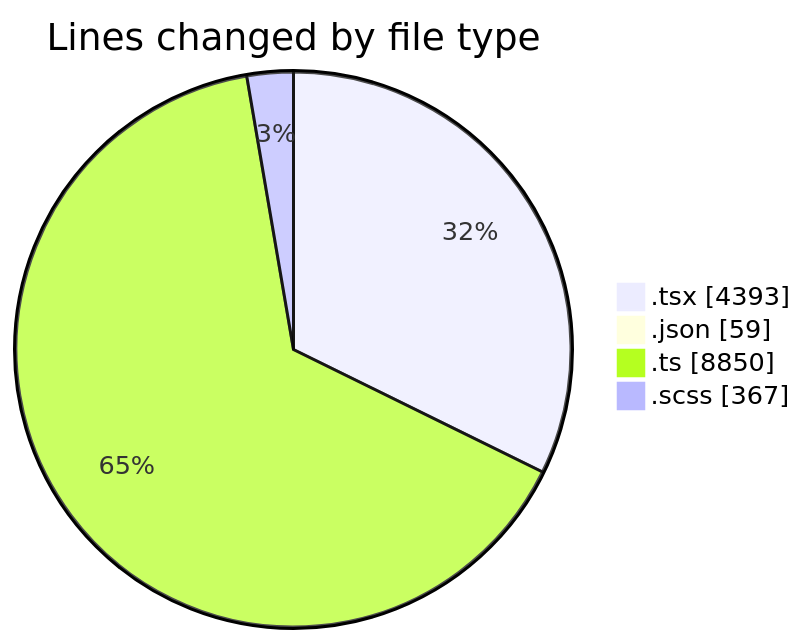
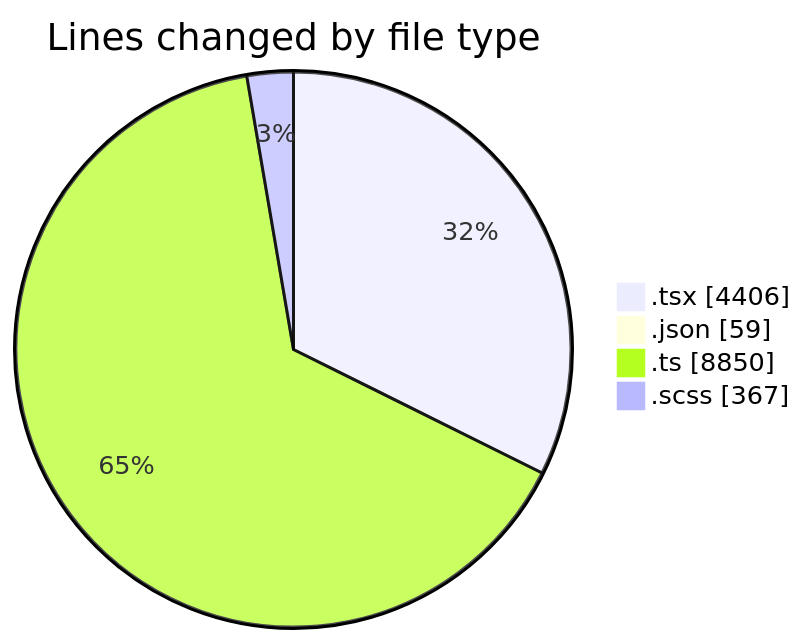
The first of 2 diagrams in 2025-11-24/cda/README.md (momahboobian/code-tracking), drawn with Mermaid before and after one commit. The commit also changed other lines of this file and 1 other file, not shown here.

````diff
--- a/2025-11-24/cda/README.md
+++ b/2025-11-24/cda/README.md
@@ -36,8 +36,8 @@
 ```mermaid
 pie showData
 title Lines changed by file type
-".tsx" : 4393
+".tsx" : 4406
 ".json" : 59
 ".ts" : 8850
 ".scss" : 367
 ```
````
